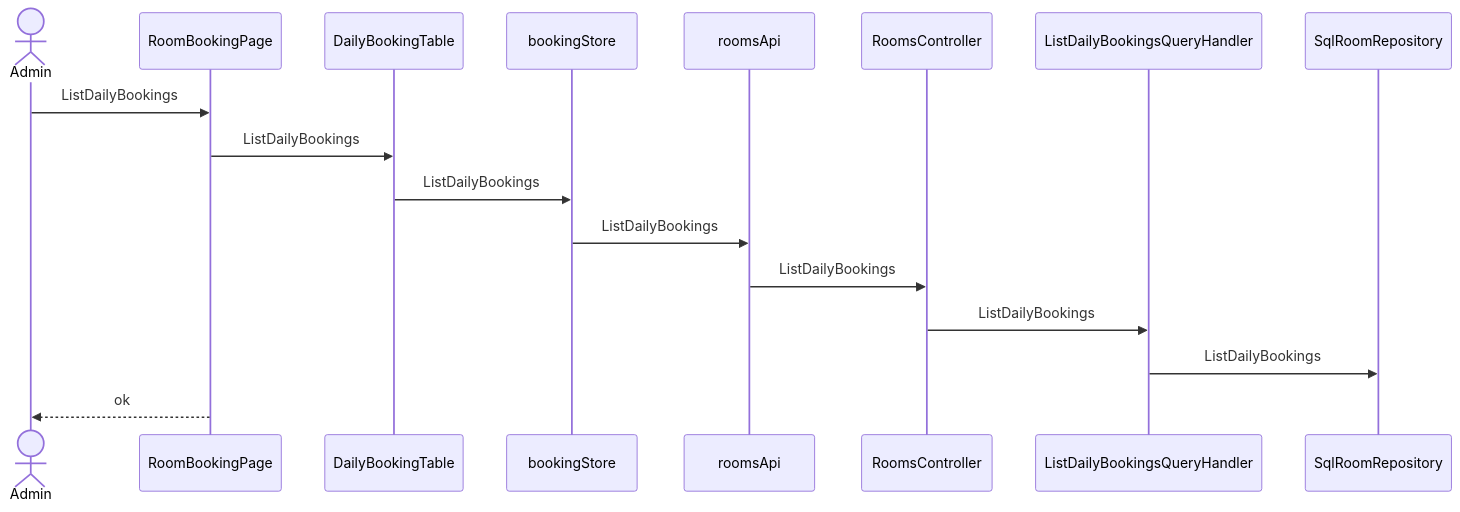
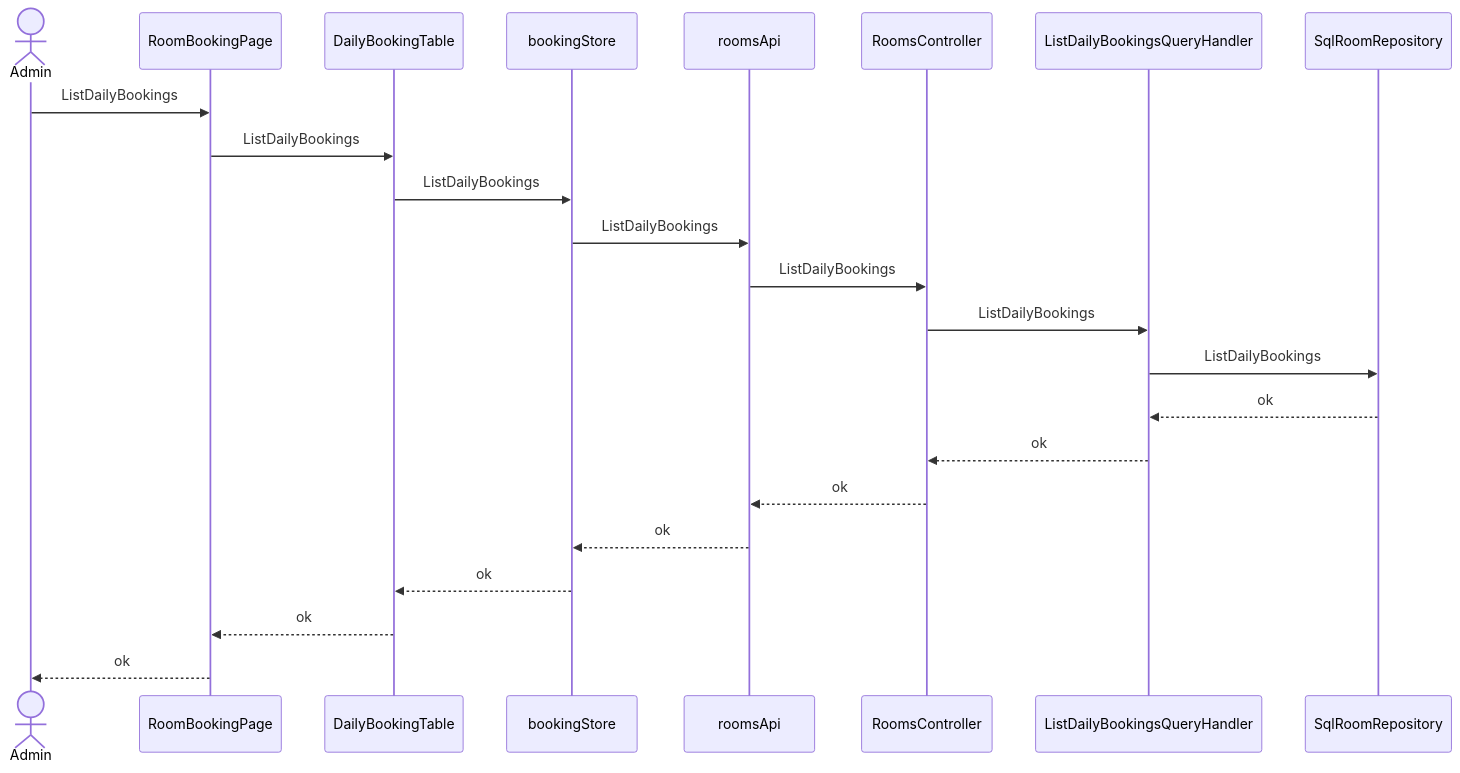
The sixth of 6 diagrams in skills/spec-dev-process/examples/matrix/fs-front-zh-s2/specs/rd/room-booking/spec/30-architecture-c4.md (pin0513/AITools), drawn with Mermaid before and after one commit. The commit also changed other lines of this file and 257 other files, not shown here.

````diff
--- a/skills/spec-dev-process/examples/matrix/fs-front-zh-s2/specs/rd/room-booking/spec/30-architecture-c4.md
+++ b/skills/spec-dev-process/examples/matrix/fs-front-zh-s2/specs/rd/room-booking/spec/30-architecture-c4.md
@@ -168,19 +181,25 @@
 ```mermaid
 sequenceDiagram
   actor U as Admin
   participant CMP001 as RoomBookingPage
   participant CMP004 as DailyBookingTable
   participant CMP005 as bookingStore
   participant CMP006 as roomsApi
   participant CMP007 as RoomsController
   participant CMP011 as ListDailyBookingsQueryHandler
   participant CMP012 as SqlRoomRepository
   U->>CMP001: ListDailyBookings
   CMP001->>CMP004: ListDailyBookings
   CMP004->>CMP005: ListDailyBookings
   CMP005->>CMP006: ListDailyBookings
   CMP006->>CMP007: ListDailyBookings
   CMP007->>CMP011: ListDailyBookings
   CMP011->>CMP012: ListDailyBookings
+  CMP012-->>CMP011: ok
+  CMP011-->>CMP007: ok
+  CMP007-->>CMP006: ok
+  CMP006-->>CMP005: ok
+  CMP005-->>CMP004: ok
+  CMP004-->>CMP001: ok
   CMP001-->>U: ok
 ```
````
